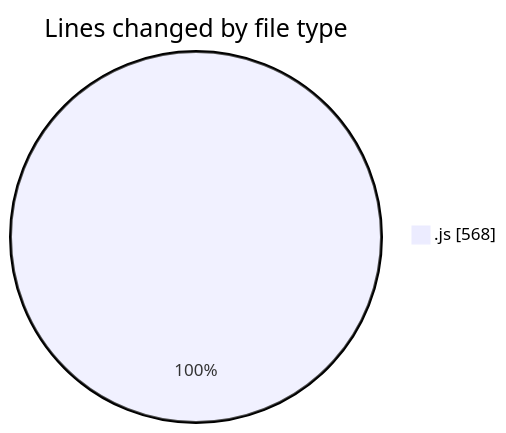
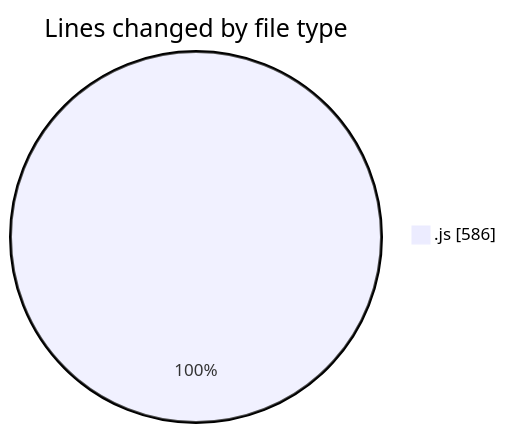
One commit to becaeroporto-bot/code-tracking changed the first of 2 diagrams in 2026-02-17/bot_v1_2/README.md. Above: the diagram before and after it, drawn with Mermaid. The commit also changed other lines of this file and 1 other file, not shown here.

````diff
--- a/2026-02-17/bot_v1_2/README.md
+++ b/2026-02-17/bot_v1_2/README.md
@@ -20,5 +20,5 @@
 ```mermaid
 pie showData
 title Lines changed by file type
-".js" : 568
+".js" : 586
 ```
````
